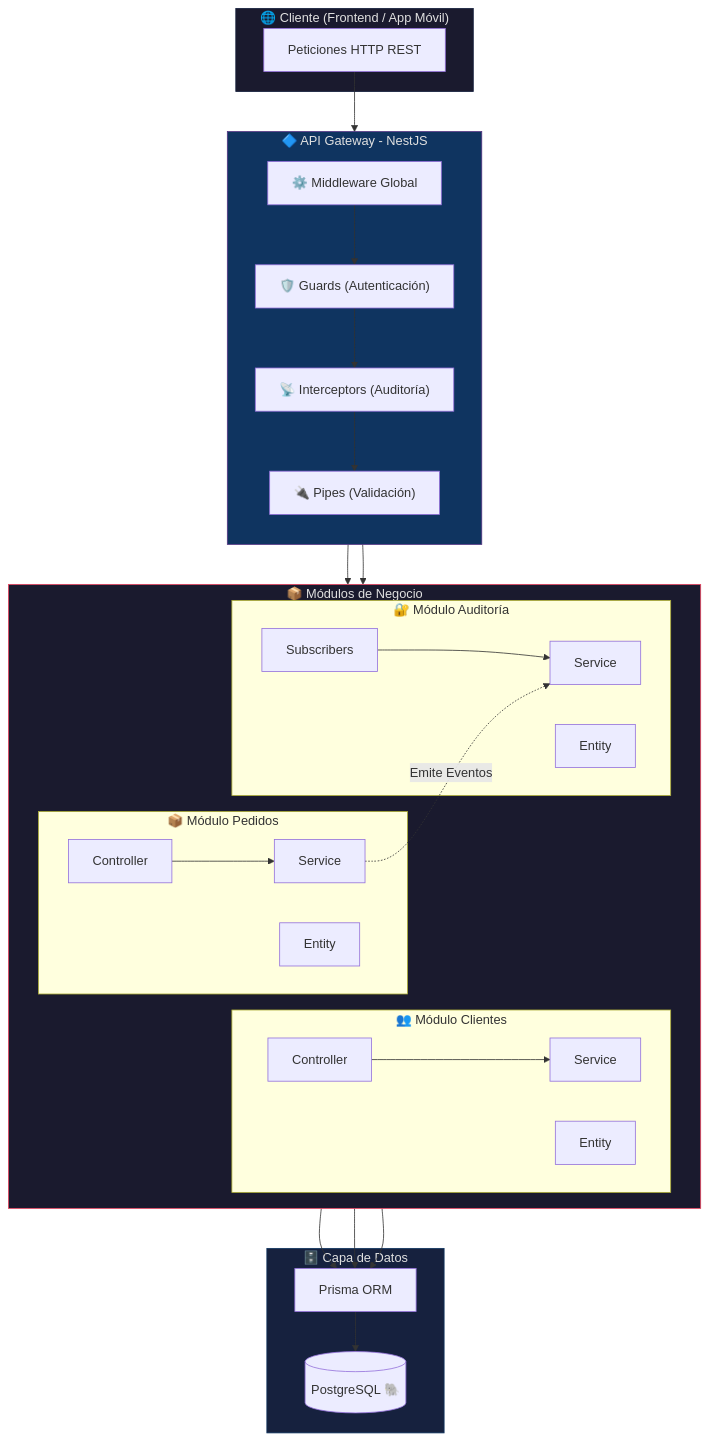
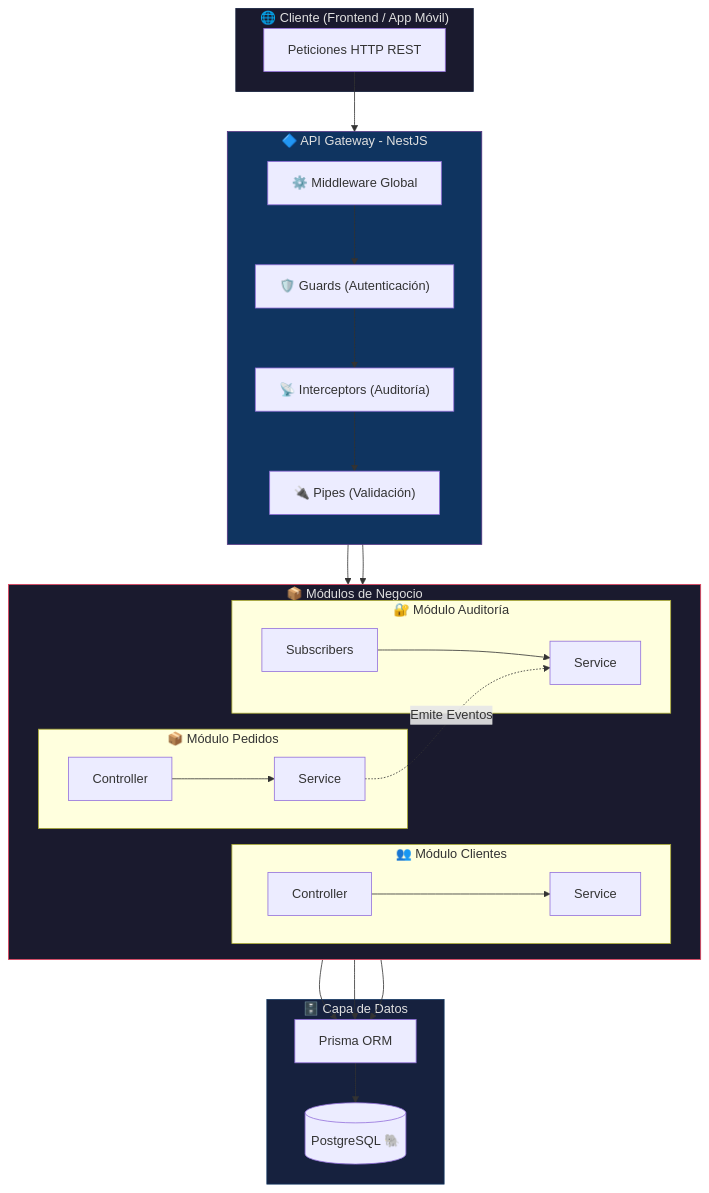
The first of 2 diagrams in README.md (sernapereira/crm-lastere), drawn with Mermaid before and after one commit. The commit also changed other lines of this file and 4 other files, not shown here.

````diff
--- a/README.md
+++ b/README.md
@@ -101,61 +192,58 @@
 ```mermaid
 graph TB
     subgraph Cliente["🌐 Cliente (Frontend / App Móvil)"]
         HTTP["Peticiones HTTP REST"]
     end
 
     subgraph API["🔷 API Gateway - NestJS"]
         direction TB
         MW["⚙️ Middleware Global"]
         GD["🛡️ Guards (Autenticación)"]
         INT["📡 Interceptors (Auditoría)"]
         PP["🔌 Pipes (Validación)"]
     end
 
     subgraph Modules["📦 Módulos de Negocio"]
         direction LR
         
         subgraph ModClientes["👥 Módulo Clientes"]
             CC["Controller"]
             CS["Service"]
-            CE["Entity"]
         end
         
         subgraph ModPedidos["📦 Módulo Pedidos"]
             PC["Controller"]
             PS["Service"]
-            PE["Entity"]
         end
 
         subgraph ModAuditoria["🔐 Módulo Auditoría"]
             AS["Service"]
-            AE["Entity"]
             SUB["Subscribers"]
         end
     end
 
     subgraph Data["🗄️ Capa de Datos"]
         ORM["Prisma ORM"]
         DB[("PostgreSQL 🐘")]
     end
 
     HTTP --> MW
     MW --> GD
     GD --> INT
     INT --> PP
     PP --> CC
     PP --> PC
     CC --> CS
     PC --> PS
     CS --> ORM
     PS --> ORM
     AS --> ORM
     SUB --> AS
     ORM --> DB
     PS -.->|"Emite Eventos"| AS
 
     style Cliente fill:#1a1a2e,stroke:#16213e,color:#e0e0e0
     style API fill:#0f3460,stroke:#533483,color:#e0e0e0
     style Modules fill:#1a1a2e,stroke:#e94560,color:#e0e0e0
     style Data fill:#16213e,stroke:#0f3460,color:#e0e0e0
 ```
````
